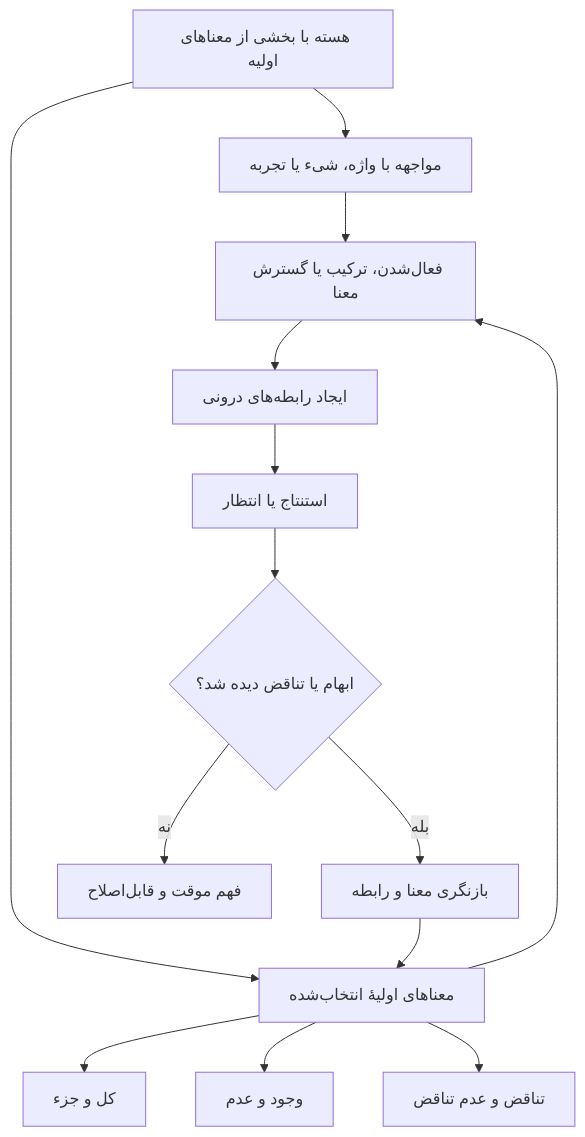
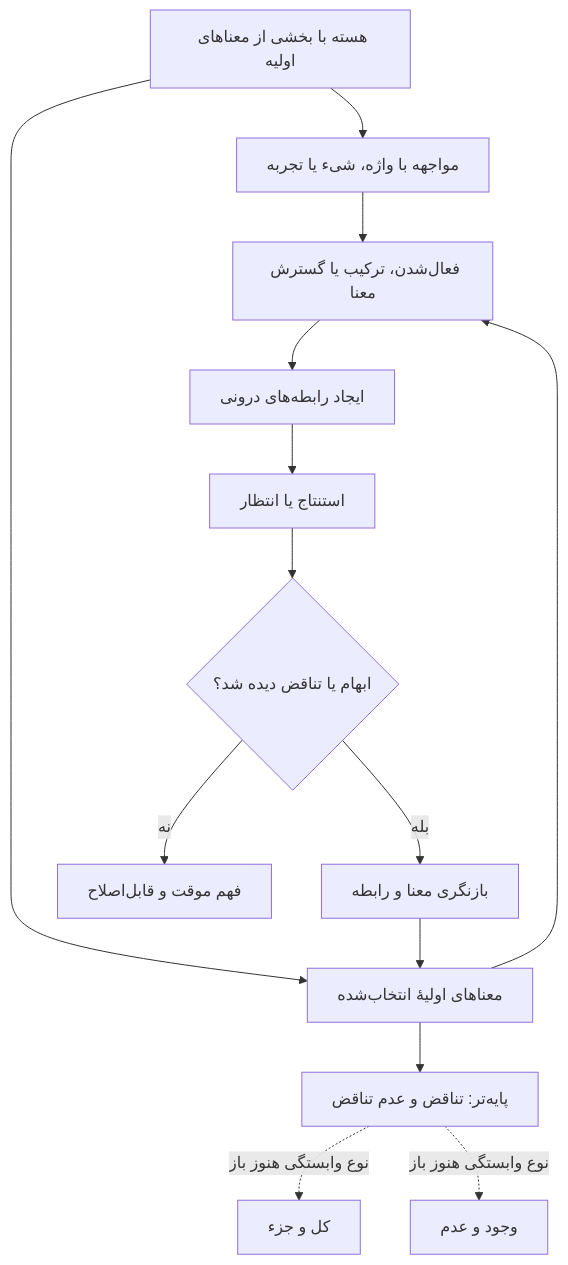
The diagram in docs/knowledge_map/internal_map_meaning.md (Shahbazi-Amir/Self-Structuring-Object-Cognition), drawn with Mermaid before and after one commit. The commit also changed other lines of this file, not shown here.

Commit message:
ثبت تقدم تناقض در نقشه معنا

````diff
--- a/docs/knowledge_map/internal_map_meaning.md
+++ b/docs/knowledge_map/internal_map_meaning.md
@@ -48,16 +49,16 @@
 ```mermaid
 flowchart TD
     A["هسته با بخشی از معناهای اولیه"] --> B["مواجهه با واژه، شیء یا تجربه"]
     A --> C["معناهای اولیهٔ انتخاب‌شده"]
-    C --> C1["کل و جزء"]
-    C --> C2["وجود و عدم"]
-    C --> C3["تناقض و عدم تناقض"]
+    C --> C3["پایه‌تر: تناقض و عدم تناقض"]
+    C3 -. "نوع وابستگی هنوز باز" .-> C1["کل و جزء"]
+    C3 -. "نوع وابستگی هنوز باز" .-> C2["وجود و عدم"]
     B --> D["فعال‌شدن، ترکیب یا گسترش معنا"]
     C --> D
     D --> E["ایجاد رابطه‌های درونی"]
     E --> F["استنتاج یا انتظار"]
     F --> G{"ابهام یا تناقض دیده شد؟"}
     G -- بله --> H["بازنگری معنا و رابطه"]
     H --> C
     G -- نه --> I["فهم موقت و قابل‌اصلاح"]
 ```
````
